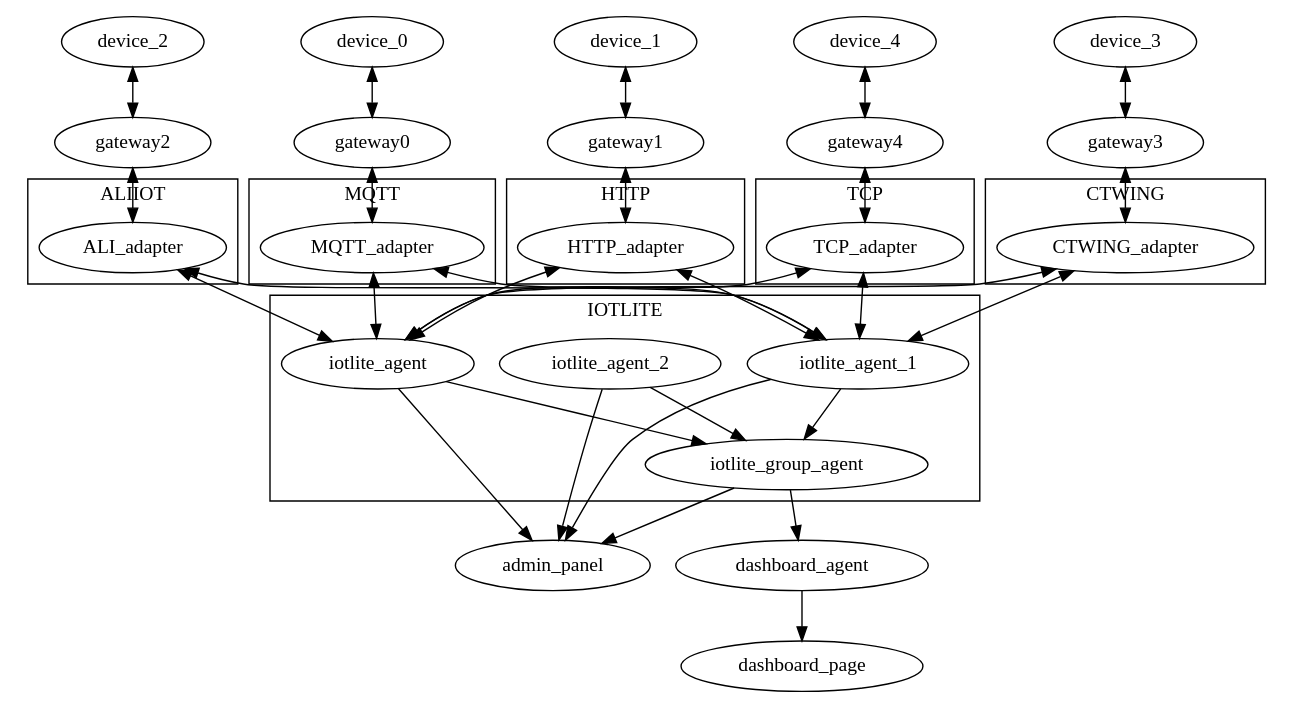
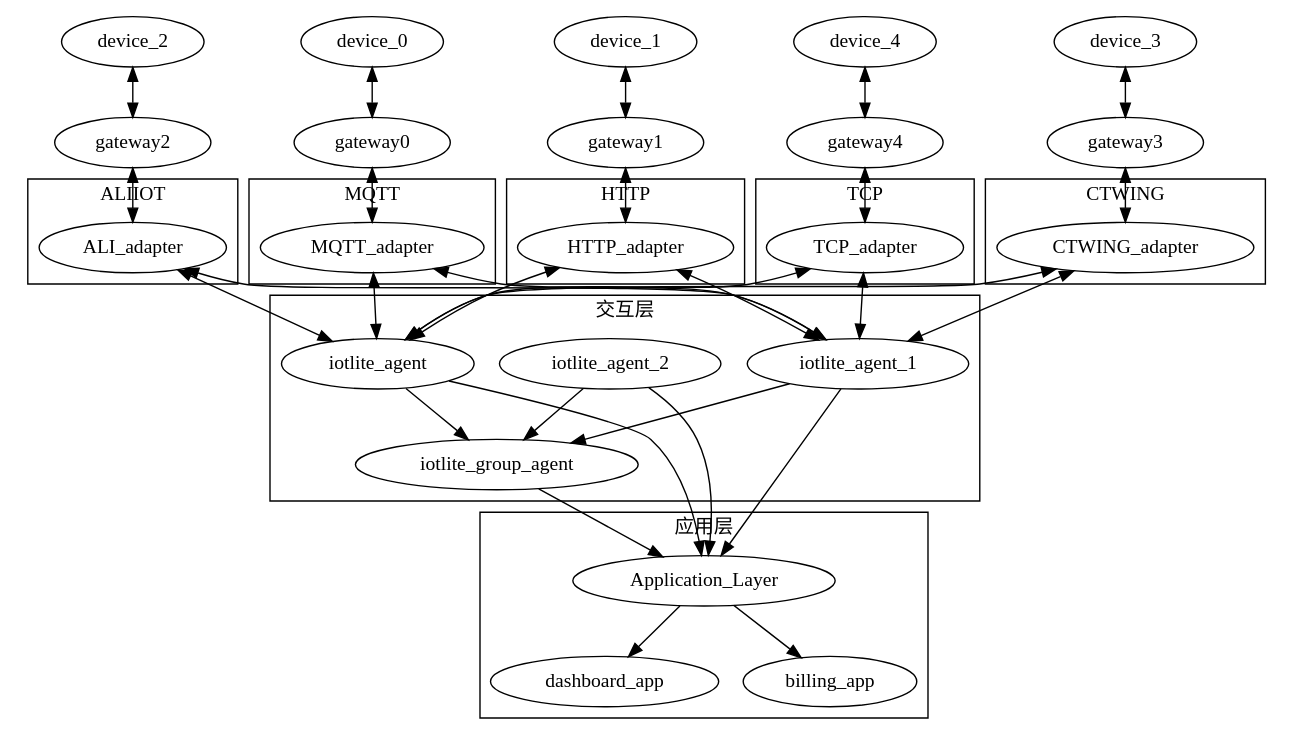
The diagram in diagram/architecture.dot (Crtrpt/iotlite_admin), drawn with Graphviz before and after one commit. The commit also changed 2 other files, not shown here.

Commit message:
'更新readme交互图'

```diff
--- a/diagram/architecture.dot
+++ b/diagram/architecture.dot
@@ -1,60 +1,70 @@
 digraph G {
    subgraph cluster_CTWING {
 		CTWING_adapter ;
 		label = "CTWING";
 	}
    subgraph cluster_ALIIOT {
 		ALI_adapter ;
 		label = "ALIIOT";
 	}
 
     subgraph cluster_MQTT {
 		MQTT_adapter ;
 		label = "MQTT";
 	}
 
     subgraph cluster_HTTP {
 		HTTP_adapter ;
 		label = "HTTP";
 	}
 
     subgraph cluster_TCP {
 		TCP_adapter ;
 		label = "TCP";
 	}
 
+	subgraph cluster_Application {
+		Application_Layer ;
+
+		Application_Layer->dashboard_app
+
+		Application_Layer->billing_app
+		label = "应用层";
+	}
+
     subgraph cluster_IOTLITE {
       	iotlite_agent_2->iotlite_group_agent;
 		iotlite_agent_1->iotlite_group_agent;
         iotlite_agent->iotlite_group_agent;
-		label = "IOTLITE";
+
+
+        iotlite_agent_2->Application_Layer;
+		iotlite_agent_1->Application_Layer;
+        iotlite_agent->Application_Layer;
+        iotlite_group_agent->Application_Layer;
+		label = "交互层";
 	}
 
-   	iotlite_agent_2->admin_panel;
-	iotlite_agent_1->admin_panel;
-    iotlite_agent->admin_panel;
-    iotlite_group_agent->admin_panel;
 
 
-   iotlite_group_agent->dashboard_agent;
 
-   dashboard_agent->dashboard_page
+
 
   device_0->gateway0->MQTT_adapter[dir="both"]
   device_1->gateway1->HTTP_adapter[dir="both"]
   device_2->gateway2->ALI_adapter[dir="both"]
   device_3->gateway3->CTWING_adapter[dir="both"]
   device_4->gateway4->TCP_adapter[dir="both"]
 
   MQTT_adapter -> iotlite_agent_1[dir="both"]
   HTTP_adapter -> iotlite_agent_1[dir="both"]
   TCP_adapter->iotlite_agent_1[dir="both"]
   ALI_adapter -> iotlite_agent_1[dir="both"]
   CTWING_adapter->iotlite_agent_1[dir="both"]
 
   MQTT_adapter -> iotlite_agent[dir="both"]
   HTTP_adapter -> iotlite_agent[dir="both"]
   TCP_adapter->iotlite_agent[dir="both"]
   ALI_adapter -> iotlite_agent[dir="both"]
   CTWING_adapter->iotlite_agent[dir="both"]
 }
```
